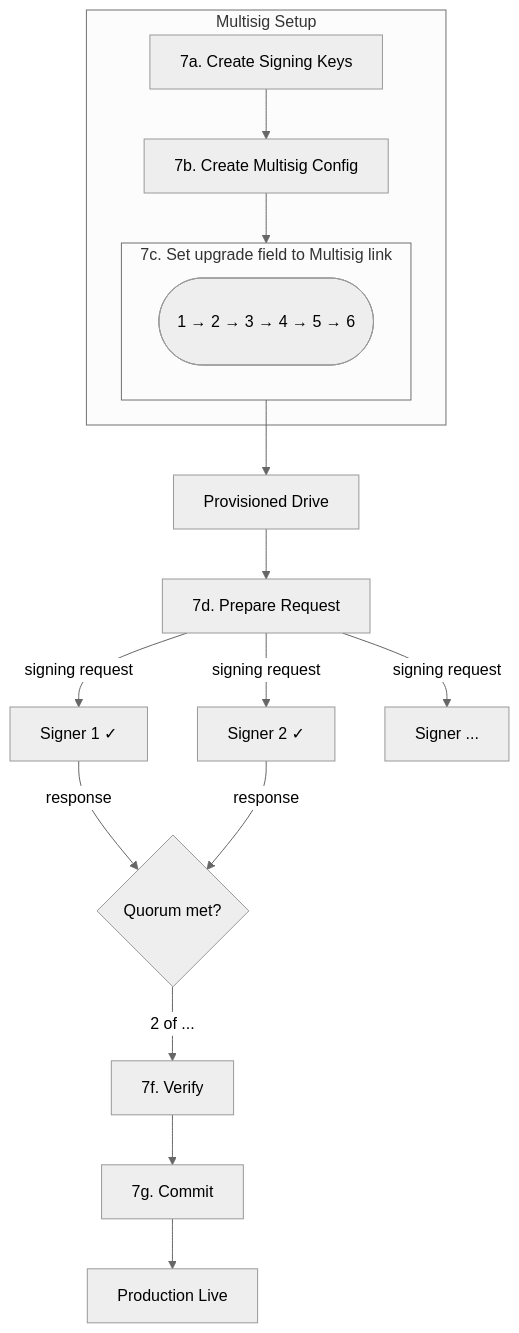
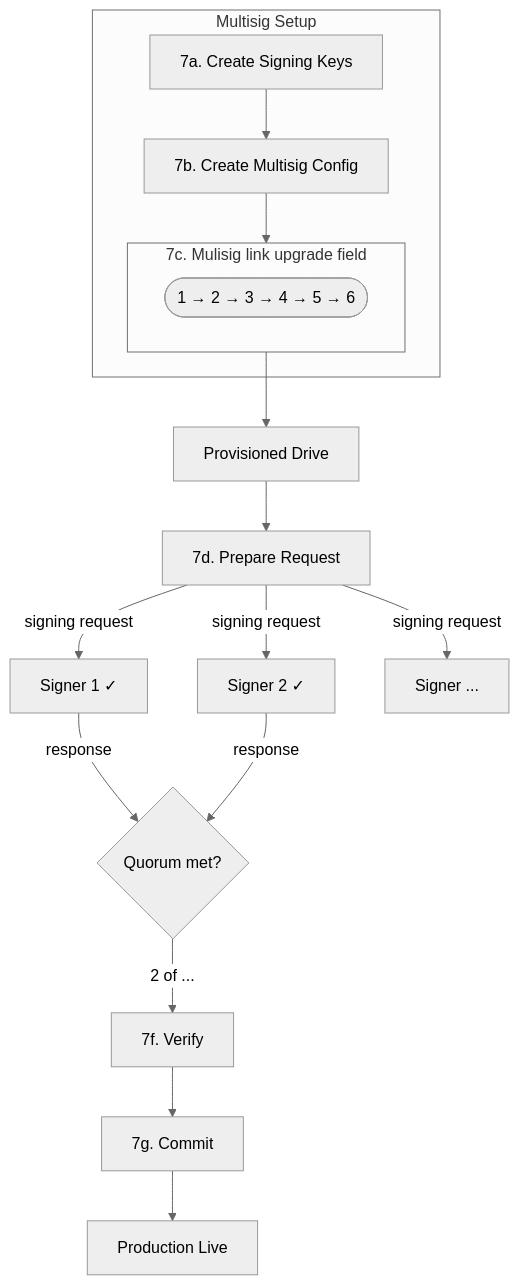
Before and after one commit to holepunchto/hello-pear-electron: the sixth of 6 diagrams in README.md, drawn with Mermaid (neutral theme).

````diff
--- a/README.md
+++ b/README.md
@@ -692,22 +692,22 @@
 ```mermaid
 graph TD
     subgraph Multisig Setup
         K[7a. Create Signing Keys] --> C[7b. Create Multisig Config]
         C --> L[7]
-        subgraph "7c. Set upgrade field to Multisig link"
+        subgraph "7c. Mulisig link upgrade field"
             direction LR
-            L([<br>1 → 2 → 3 → 4 → 5 → 6<br>&nbsp;])
+            L([1 → 2 → 3 → 4 → 5 → 6<br>])
         end
     end
 
     L --> Prov[Provisioned Drive]
     Prov --> Req[7d. Prepare Request]
     Req -->|signing request| Sg1[Signer 1 ✓]
     Req -->|signing request| Sg2[Signer 2 ✓]
     Req -->|signing request| Sg3[Signer ...]
     Sg1 -->|response| Q{Quorum met?}
     Sg2 -->|response| Q
     Q -->|2 of ...| Ver[7f. Verify]
     Ver --> Com[7g. Commit]
     Com --> Live[Production Live]
 ```
````
